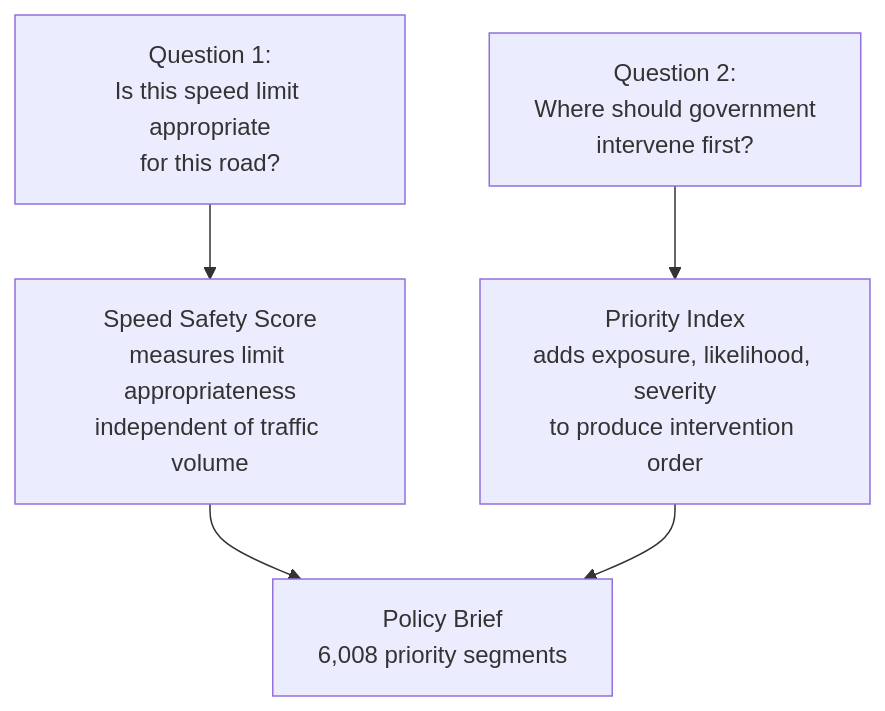
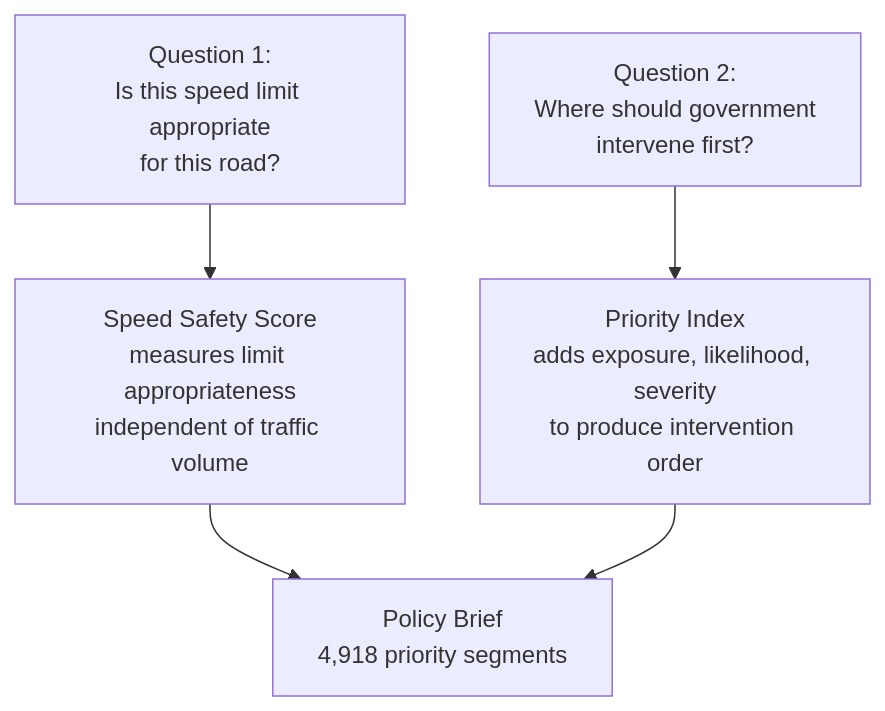
The fourth of 14 diagrams in WORKFLOW.md (simeonpalla/ai-safer-roads), drawn with Mermaid before and after one commit. The commit also changed other lines of this file and 2 other files, not shown here.

````diff
--- a/WORKFLOW.md
+++ b/WORKFLOW.md
@@ -177,7 +177,7 @@
 ```mermaid
 graph TD
     Q1["Question 1:<br/>Is this speed limit appropriate<br/>for this road?"] --> SSS["Speed Safety Score<br/>measures limit appropriateness<br/>independent of traffic volume"]
     Q2["Question 2:<br/>Where should government<br/>intervene first?"] --> PI["Priority Index<br/>adds exposure, likelihood, severity<br/>to produce intervention order"]
-    SSS --> PB["Policy Brief<br/>6,008 priority segments"]
+    SSS --> PB["Policy Brief<br/>4,918 priority segments"]
     PI --> PB
 ```
````
